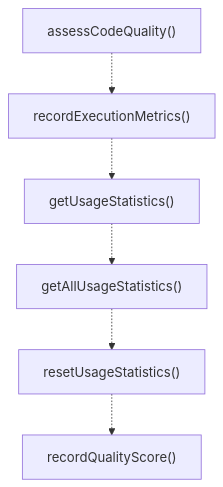
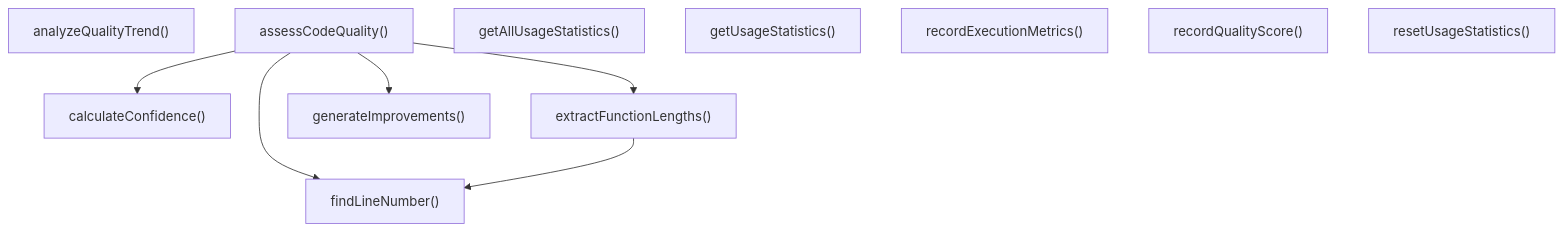
Before and after one commit to Mekann2904/mekann: the second of 2 diagrams in ABDD/.pi/lib/dynamic-tools/quality.md, drawn with Mermaid. The commit also changed other lines of this file and 277 other files, not shown here.

````diff
--- a/ABDD/.pi/lib/dynamic-tools/quality.md
+++ b/ABDD/.pi/lib/dynamic-tools/quality.md
@@ -91,14 +91,19 @@
 ```mermaid
 flowchart TD
+  analyzeQualityTrend["analyzeQualityTrend()"]
   assessCodeQuality["assessCodeQuality()"]
+  calculateConfidence["calculateConfidence()"]
+  extractFunctionLengths["extractFunctionLengths()"]
+  findLineNumber["findLineNumber()"]
+  generateImprovements["generateImprovements()"]
+  getAllUsageStatistics["getAllUsageStatistics()"]
+  getUsageStatistics["getUsageStatistics()"]
   recordExecutionMetrics["recordExecutionMetrics()"]
-  getUsageStatistics["getUsageStatistics()"]
-  getAllUsageStatistics["getAllUsageStatistics()"]
+  recordQualityScore["recordQualityScore()"]
   resetUsageStatistics["resetUsageStatistics()"]
-  recordQualityScore["recordQualityScore()"]
-  assessCodeQuality -.-> recordExecutionMetrics
-  recordExecutionMetrics -.-> getUsageStatistics
-  getUsageStatistics -.-> getAllUsageStatistics
-  getAllUsageStatistics -.-> resetUsageStatistics
-  resetUsageStatistics -.-> recordQualityScore
+  assessCodeQuality --> calculateConfidence
+  assessCodeQuality --> extractFunctionLengths
+  assessCodeQuality --> findLineNumber
+  assessCodeQuality --> generateImprovements
+  extractFunctionLengths --> findLineNumber
 ```
````
